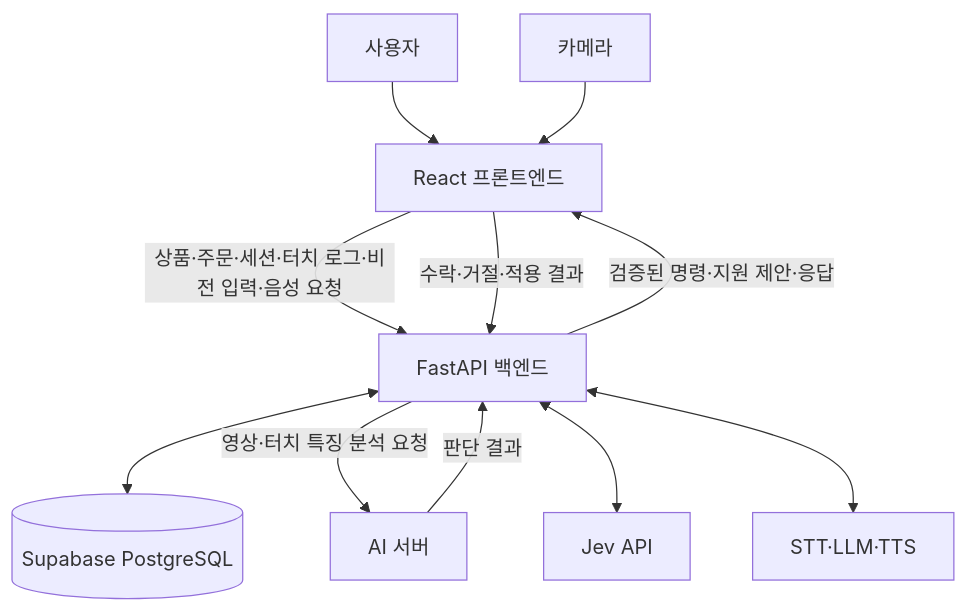
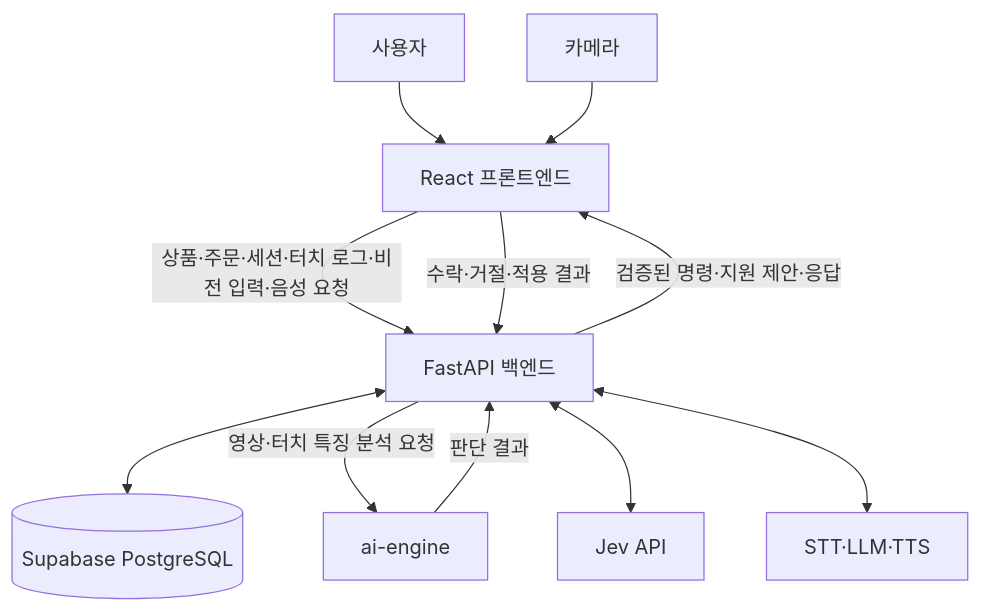
Before and after one commit to knu-capstone-design-06/Capstone-design-project: the diagram in README.md, drawn with Mermaid. The commit also changed other lines of this file and 62 other files, not shown here.

````diff
--- a/README.md
+++ b/README.md
@@ -87,17 +87,17 @@
 ```mermaid
 flowchart TD
     USER[사용자] --> FE[React 프론트엔드]
     CAMERA[카메라] --> FE
 
     FE -->|상품·주문·세션·터치 로그·비전 입력·음성 요청| BE[FastAPI 백엔드]
 
     BE <--> DB[(Supabase PostgreSQL)]
-    BE -->|영상·터치 특징 분석 요청| AI[AI 서버]
+    BE -->|영상·터치 특징 분석 요청| AI[ai-engine]
 
     BE <--> JEV[Jev API]
     BE <--> VOICE[STT·LLM·TTS]
 
     AI -->|판단 결과| BE
     BE -->|검증된 명령·지원 제안·응답| FE
     FE -->|수락·거절·적용 결과| BE
 ```
````
